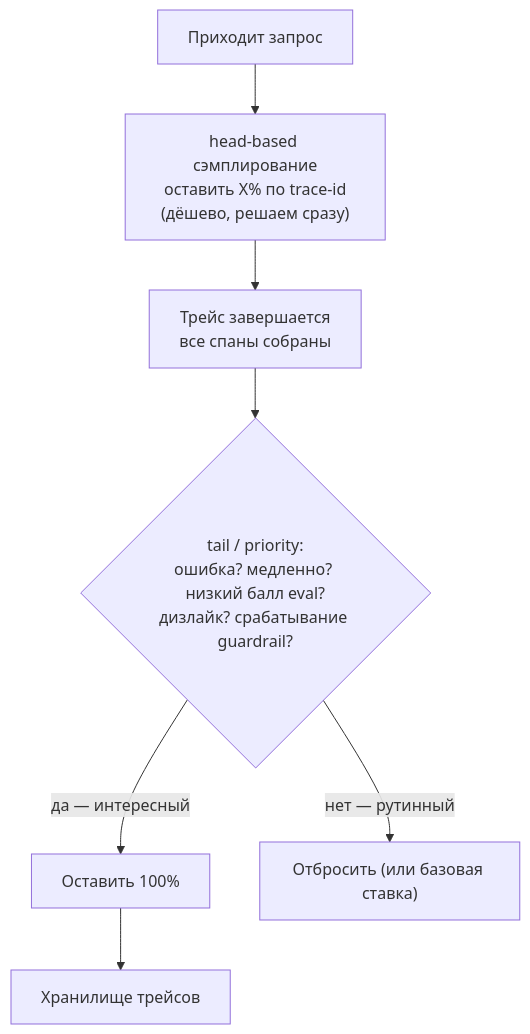
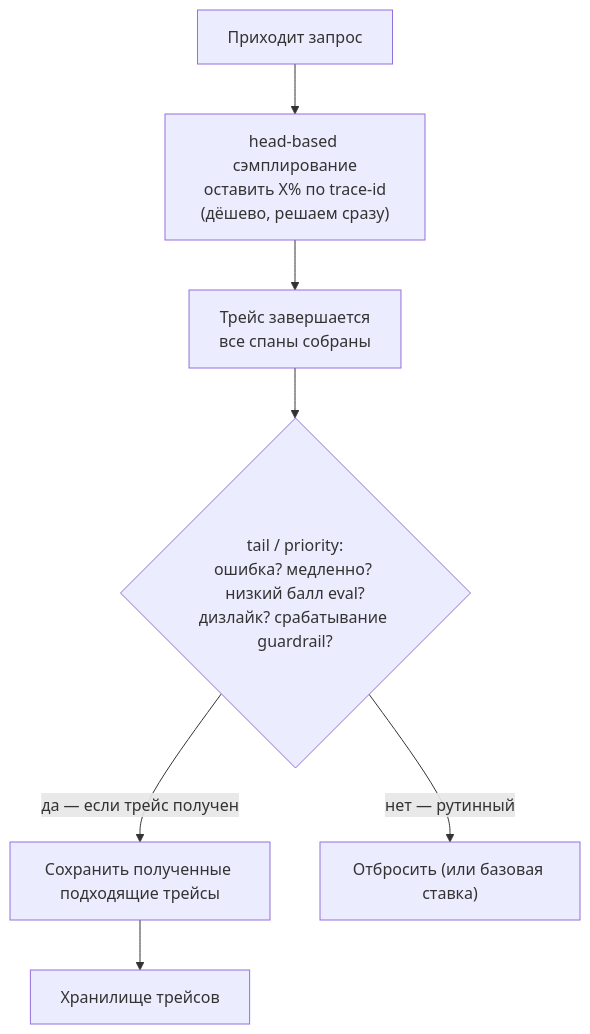
Before and after one commit to NikolaiSachok/ai-engineering-handbook: the first of 2 diagrams in i18n/ru/docusaurus-plugin-content-docs/current/part-1-rag/cross-cutting/observability/deep-dive.md, drawn with Mermaid. The commit also changed other lines of this file and 94 other files, not shown here.

````diff
--- a/i18n/ru/docusaurus-plugin-content-docs/current/part-1-rag/cross-cutting/observability/deep-dive.md
+++ b/i18n/ru/docusaurus-plugin-content-docs/current/part-1-rag/cross-cutting/observability/deep-dive.md
@@ -62,9 +63,9 @@
 ```mermaid
 flowchart TB
     Q["Приходит запрос"] --> H["head-based сэмплирование<br/>оставить X% по trace-id<br/>(дёшево, решаем сразу)"]
     H --> C["Трейс завершается<br/>все спаны собраны"]
     C --> T{"tail / priority:<br/>ошибка? медленно? низкий балл eval?<br/>дизлайк? срабатывание guardrail?"}
-    T -->|"да — интересный"| K["Оставить 100%"]
+    T -->|"да — если трейс получен"| K["Сохранить полученные подходящие трейсы"]
     T -->|"нет — рутинный"| D["Отбросить (или базовая ставка)"]
     K --> S["Хранилище трейсов"]
 ```
````
